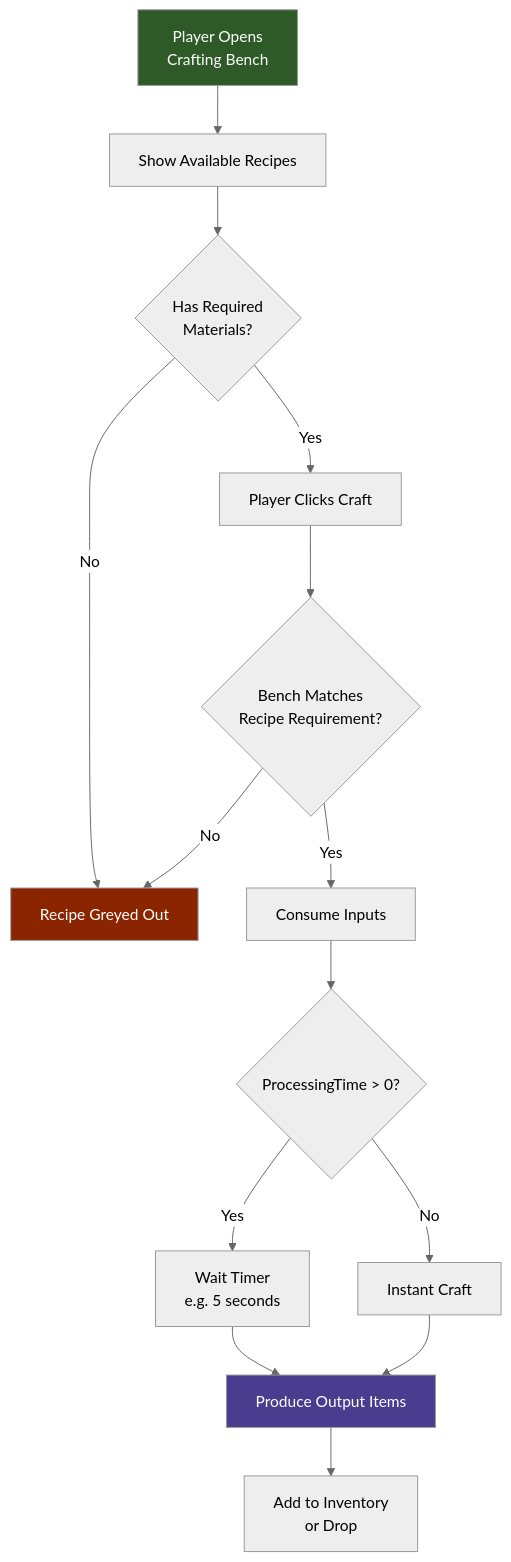
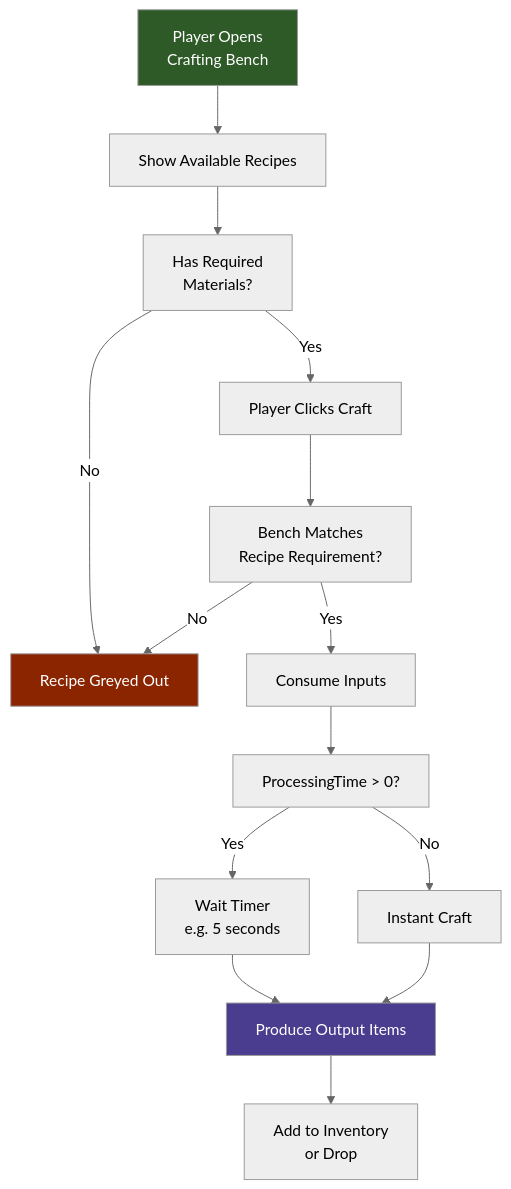
The first of 2 diagrams in src/content/docs/es/reference/crafting-system/recipes.md (nevesb/hytale-modding-docs), drawn with Mermaid (neutral theme) before and after one commit. The commit also changed other lines of this file and 34 other files, not shown here.

First line of the commit message:
docs: enhance mermaid diagrams for clarity and readability

````diff
--- a/src/content/docs/es/reference/crafting-system/recipes.md
+++ b/src/content/docs/es/reference/crafting-system/recipes.md
@@ -12,24 +12,24 @@
 ```mermaid
 flowchart TD
-    A[Player Opens\nCrafting Bench] --> B[Show Available Recipes]
-    B --> C{Has Required\nMaterials?}
-    C -->|No| D[Recipe Greyed Out]
-    C -->|Yes| E[Player Clicks Craft]
+    A["Player Opens<br/>Crafting Bench"] --> B[Show Available Recipes]
+    B --> C["Has Required<br/>Materials?"]
+    C -->|"No"| D[Recipe Greyed Out]
+    C -->|"Yes"| E[Player Clicks Craft]
 
-    E --> F{Bench Matches\nRecipe Requirement?}
-    F -->|No| D
-    F -->|Yes| G[Consume Inputs]
+    E --> F["Bench Matches<br/>Recipe Requirement?"]
+    F -->|"No"| D
+    F -->|"Yes"| G[Consume Inputs]
 
-    G --> H{ProcessingTime > 0?}
-    H -->|Yes| I[Wait Timer\ne.g. 5 seconds]
-    H -->|No| J[Instant Craft]
+    G --> H["ProcessingTime > 0?"]
+    H -->|"Yes"| I["Wait Timer<br/>e.g. 5 seconds"]
+    H -->|"No"| J[Instant Craft]
 
     I --> K[Produce Output Items]
     J --> K
 
-    K --> L[Add to Inventory\nor Drop]
+    K --> L["Add to Inventory<br/>or Drop"]
 
     style A fill:#2d5a27,color:#fff
     style D fill:#8b2500,color:#fff
     style K fill:#4a3d8f,color:#fff
 ```
````
